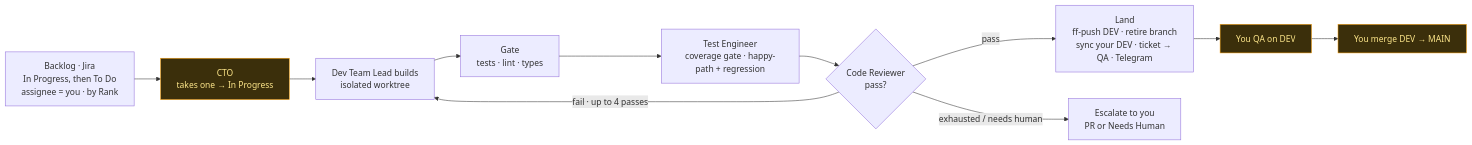
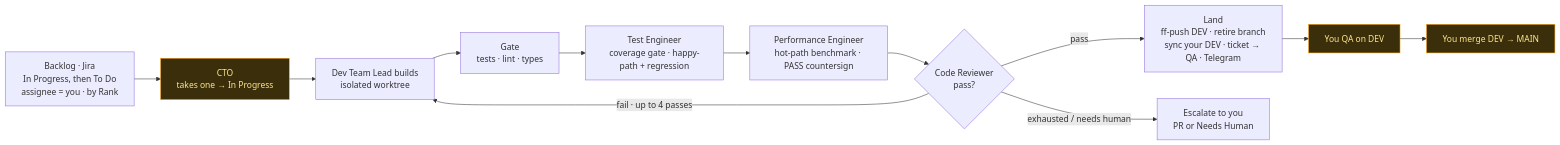
One commit to roman-berlin/Elite-Squad changed the second of 3 diagrams in ORG.md. Above: the diagram before and after it, drawn with Mermaid. The commit also changed other lines of this file and 3 other files, not shown here.

First line of the commit message:
EU-99: Draft and commission Performance Engineer officer charter

````diff
--- a/ORG.md
+++ b/ORG.md
@@ -51,16 +52,17 @@
 ```mermaid
 flowchart LR
     BL["Backlog · Jira<br/>In Progress, then To Do<br/>assignee = you · by Rank"] --> GEN["CTO<br/>takes one → In Progress"]
     GEN --> BUILD["Dev Team Lead builds<br/>isolated worktree"]
     BUILD --> GATE["Gate<br/>tests · lint · types"]
     GATE --> TE["Test Engineer<br/>coverage gate · happy-path + regression"]
-    TE --> REV{"Code Reviewer<br/>pass?"}
+    TE --> PE2["Performance Engineer<br/>hot-path benchmark · PASS countersign"]
+    PE2 --> REV{"Code Reviewer<br/>pass?"}
     REV -- "fail · up to 4 passes" --> BUILD
     REV -- "pass" --> LAND["Land<br/>ff-push DEV · retire branch<br/>sync your DEV · ticket → QA · Telegram"]
     REV -- "exhausted / needs human" --> ESC["Escalate to you<br/>PR or Needs Human"]
     LAND --> QA["You QA on DEV"]
     QA --> MAIN["You merge DEV → MAIN"]
 
     classDef cmd fill:#3b2f0b,stroke:#f59e0b,color:#fde68a;
     class GEN,QA,MAIN cmd;
 ```
````
